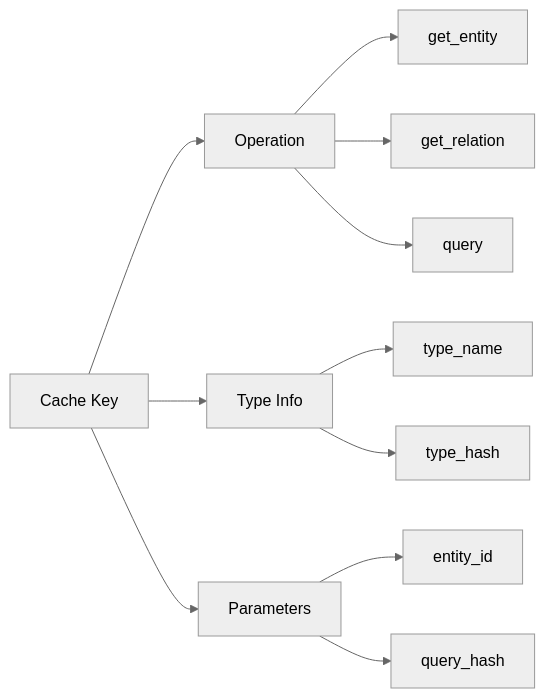
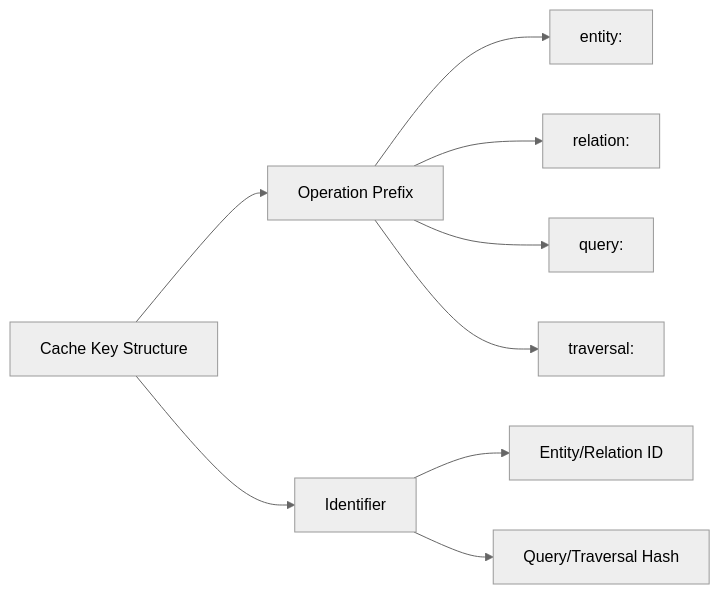
The eighth of 13 diagrams in docs/caching-design.md (beanone/graph-context), drawn with Mermaid (neutral theme) before and after one commit. The commit also changed other lines of this file and 8 other files, not shown here.

````diff
--- a/docs/caching-design.md
+++ b/docs/caching-design.md
@@ -259,16 +343,13 @@
 ```mermaid
 graph LR
-    A[Cache Key] --> B[Operation]
-    A --> C[Type Info]
-    A --> D[Parameters]
+    A[Cache Key Structure] --> B[Operation Prefix]
+    A --> C[Identifier]
 
-    B --> E[get_entity]
-    B --> F[get_relation]
-    B --> G[query]
+    B --> D[entity:]
+    B --> E[relation:]
+    B --> F[query:]
+    B --> G[traversal:]
 
-    C --> H[type_name]
-    C --> I[type_hash]
-
-    D --> J[entity_id]
-    D --> K[query_hash]
+    C --> H[Entity/Relation ID]
+    C --> I[Query/Traversal Hash]
 ```
````
